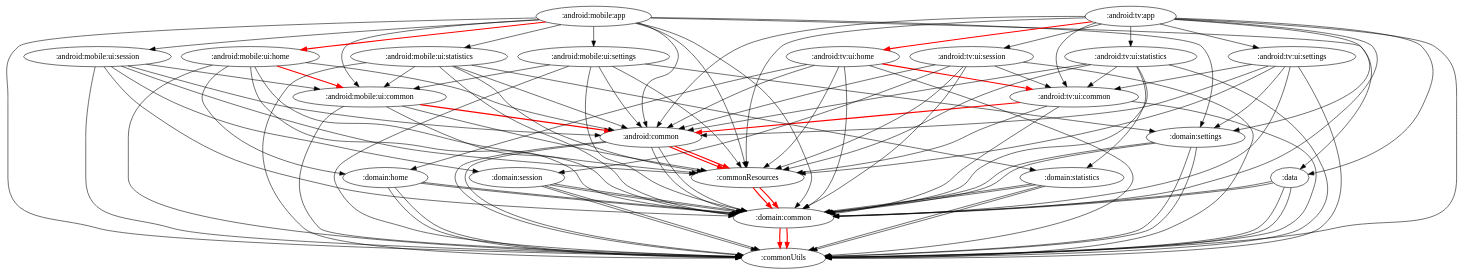
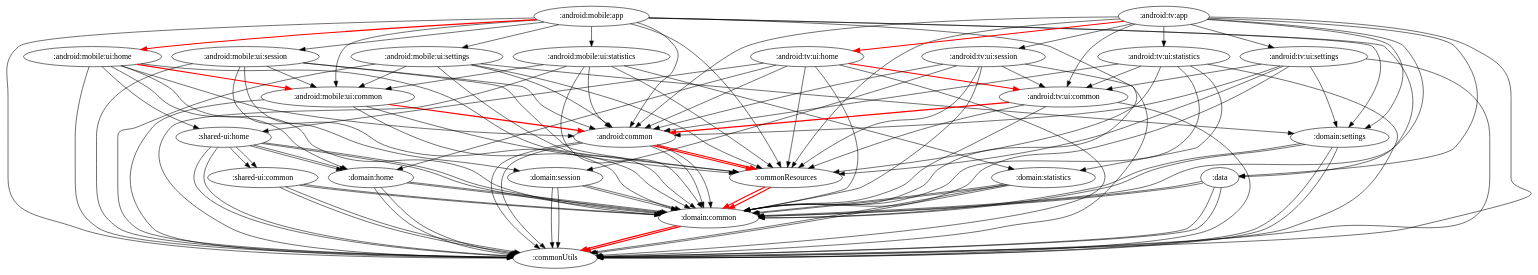
The diagram in docs/dependency-graph.gv (shining-cat/SimpleHIIT), drawn with Graphviz before and after one commit. The commit also changed 33 other files, not shown here.

Commit message:
moved home files to shared-ui module udpated dependency-graph

```diff
--- a/docs/dependency-graph.gv
+++ b/docs/dependency-graph.gv
@@ -1,115 +1,129 @@
 digraph {
   rankdir=TB;
 
   // Mobile App Dependencies
 ":android:mobile:app" -> ":android:common"
 ":android:mobile:app" -> ":android:mobile:ui:common"
 ":android:mobile:app" -> ":android:mobile:ui:home" [color=red style=bold]
 ":android:mobile:app" -> ":android:mobile:ui:session"
 ":android:mobile:app" -> ":android:mobile:ui:settings"
 ":android:mobile:app" -> ":android:mobile:ui:statistics"
 ":android:mobile:app" -> ":domain:common"
 ":android:mobile:app" -> ":domain:settings"
 ":android:mobile:app" -> ":commonUtils"
 ":android:mobile:app" -> ":commonResources"
 ":android:mobile:app" -> ":data"
 ":android:common" -> ":domain:common"
 ":android:common" -> ":commonUtils"
 ":android:common" -> ":commonResources" [color=red style=bold]
 ":android:mobile:ui:common" -> ":android:common" [color=red style=bold]
 ":android:mobile:ui:common" -> ":domain:common"
 ":android:mobile:ui:common" -> ":commonUtils"
 ":android:mobile:ui:common" -> ":commonResources"
 ":android:mobile:ui:home" -> ":android:common"
 ":android:mobile:ui:home" -> ":domain:common"
 ":android:mobile:ui:home" -> ":domain:home"
 ":android:mobile:ui:home" -> ":commonUtils"
 ":android:mobile:ui:home" -> ":commonResources"
 ":android:mobile:ui:home" -> ":android:mobile:ui:common" [color=red style=bold]
+":android:mobile:ui:home" -> ":shared-ui:home"
 ":android:mobile:ui:session" -> ":android:common"
 ":android:mobile:ui:session" -> ":domain:common"
 ":android:mobile:ui:session" -> ":domain:session"
 ":android:mobile:ui:session" -> ":commonUtils"
 ":android:mobile:ui:session" -> ":commonResources"
 ":android:mobile:ui:session" -> ":android:mobile:ui:common"
 ":android:mobile:ui:settings" -> ":android:common"
 ":android:mobile:ui:settings" -> ":domain:common"
 ":android:mobile:ui:settings" -> ":domain:settings"
 ":android:mobile:ui:settings" -> ":commonUtils"
 ":android:mobile:ui:settings" -> ":commonResources"
 ":android:mobile:ui:settings" -> ":android:mobile:ui:common"
 ":android:mobile:ui:statistics" -> ":android:common"
 ":android:mobile:ui:statistics" -> ":domain:common"
 ":android:mobile:ui:statistics" -> ":domain:statistics"
 ":android:mobile:ui:statistics" -> ":commonUtils"
 ":android:mobile:ui:statistics" -> ":commonResources"
 ":android:mobile:ui:statistics" -> ":android:mobile:ui:common"
 ":domain:common" -> ":commonUtils" [color=red style=bold]
 ":domain:settings" -> ":commonUtils"
 ":domain:settings" -> ":domain:common"
 ":commonResources" -> ":domain:common" [color=red style=bold]
 ":data" -> ":domain:common"
 ":data" -> ":commonUtils"
 ":domain:home" -> ":commonUtils"
 ":domain:home" -> ":domain:common"
+":shared-ui:home" -> ":shared-ui:common"
+":shared-ui:home" -> ":commonUtils"
+":shared-ui:home" -> ":domain:common"
+":shared-ui:home" -> ":domain:home"
+":shared-ui:common" -> ":commonUtils"
+":shared-ui:common" -> ":domain:common"
 ":domain:session" -> ":commonUtils"
 ":domain:session" -> ":domain:common"
 ":domain:statistics" -> ":commonUtils"
 ":domain:statistics" -> ":domain:common"
 
   // TV App Dependencies
 ":android:tv:app" -> ":android:common"
 ":android:tv:app" -> ":android:tv:ui:common"
 ":android:tv:app" -> ":android:tv:ui:home" [color=red style=bold]
 ":android:tv:app" -> ":android:tv:ui:settings"
 ":android:tv:app" -> ":android:tv:ui:session"
 ":android:tv:app" -> ":android:tv:ui:statistics"
 ":android:tv:app" -> ":domain:common"
 ":android:tv:app" -> ":domain:settings"
 ":android:tv:app" -> ":commonUtils"
 ":android:tv:app" -> ":commonResources"
 ":android:tv:app" -> ":data"
 ":android:common" -> ":domain:common"
 ":android:common" -> ":commonUtils"
 ":android:common" -> ":commonResources" [color=red style=bold]
 ":android:tv:ui:common" -> ":android:common" [color=red style=bold]
 ":android:tv:ui:common" -> ":domain:common"
 ":android:tv:ui:common" -> ":commonUtils"
 ":android:tv:ui:common" -> ":commonResources"
 ":android:tv:ui:home" -> ":android:common"
 ":android:tv:ui:home" -> ":android:tv:ui:common" [color=red style=bold]
 ":android:tv:ui:home" -> ":domain:common"
 ":android:tv:ui:home" -> ":domain:home"
 ":android:tv:ui:home" -> ":commonUtils"
 ":android:tv:ui:home" -> ":commonResources"
+":android:tv:ui:home" -> ":shared-ui:home"
 ":android:tv:ui:settings" -> ":android:common"
 ":android:tv:ui:settings" -> ":android:tv:ui:common"
 ":android:tv:ui:settings" -> ":domain:common"
 ":android:tv:ui:settings" -> ":domain:settings"
 ":android:tv:ui:settings" -> ":commonUtils"
 ":android:tv:ui:settings" -> ":commonResources"
 ":android:tv:ui:session" -> ":android:common"
 ":android:tv:ui:session" -> ":android:tv:ui:common"
 ":android:tv:ui:session" -> ":domain:common"
 ":android:tv:ui:session" -> ":domain:session"
 ":android:tv:ui:session" -> ":commonUtils"
 ":android:tv:ui:session" -> ":commonResources"
 ":android:tv:ui:statistics" -> ":android:common"
 ":android:tv:ui:statistics" -> ":android:tv:ui:common"
 ":android:tv:ui:statistics" -> ":domain:common"
 ":android:tv:ui:statistics" -> ":domain:statistics"
 ":android:tv:ui:statistics" -> ":commonUtils"
 ":android:tv:ui:statistics" -> ":commonResources"
 ":domain:common" -> ":commonUtils" [color=red style=bold]
 ":domain:settings" -> ":commonUtils"
 ":domain:settings" -> ":domain:common"
 ":commonResources" -> ":domain:common" [color=red style=bold]
 ":data" -> ":domain:common"
 ":data" -> ":commonUtils"
 ":domain:home" -> ":commonUtils"
 ":domain:home" -> ":domain:common"
+":shared-ui:home" -> ":shared-ui:common"
+":shared-ui:home" -> ":commonUtils"
+":shared-ui:home" -> ":domain:common"
+":shared-ui:home" -> ":domain:home"
+":shared-ui:common" -> ":commonUtils"
+":shared-ui:common" -> ":domain:common"
 ":domain:session" -> ":commonUtils"
 ":domain:session" -> ":domain:common"
 ":domain:statistics" -> ":commonUtils"
 ":domain:statistics" -> ":domain:common"
 }
```
